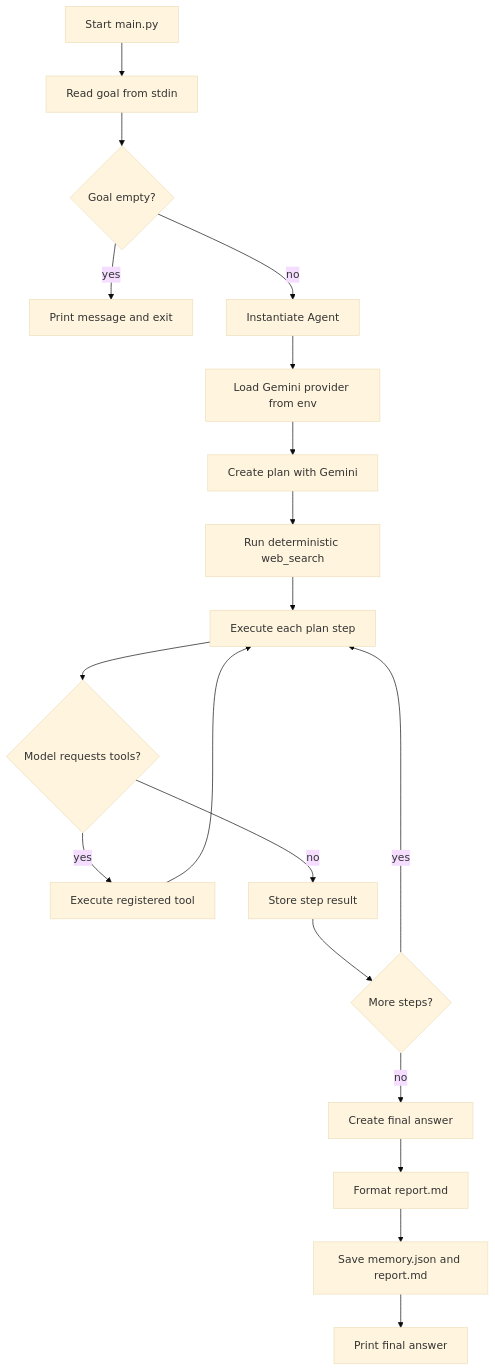
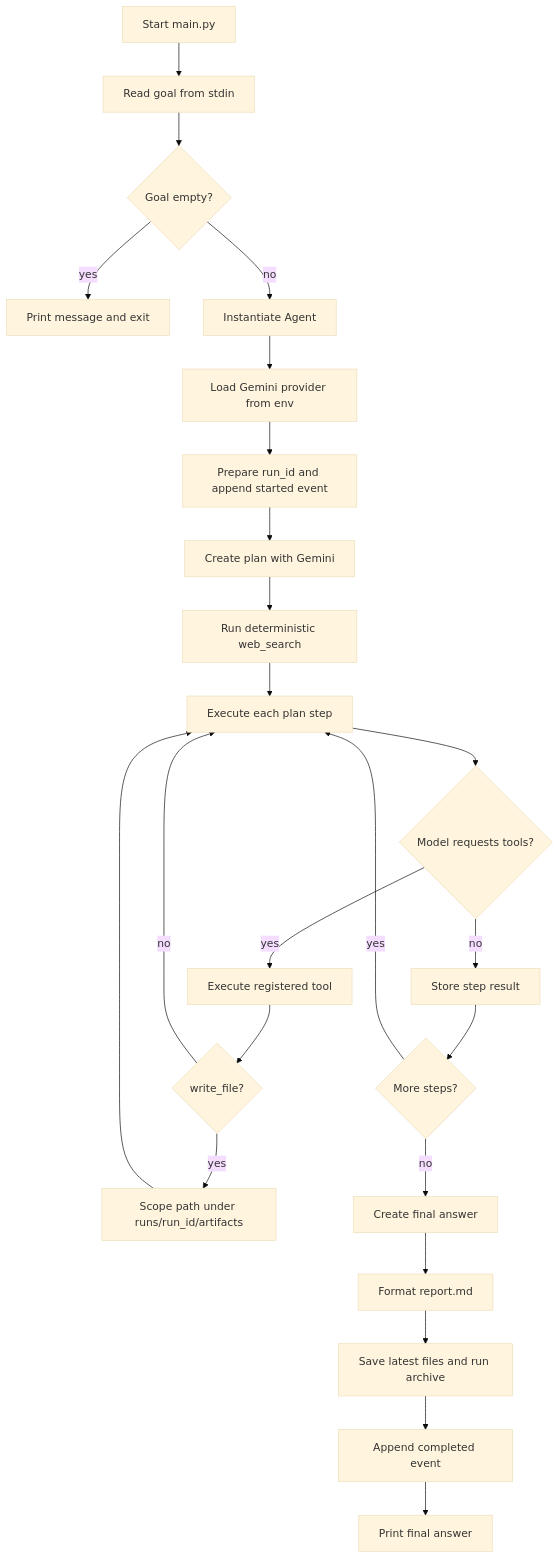
One commit to yessaravanan/gemini-research-agent changed the second of 3 diagrams in docs/02-system-architecture.md. Above: the diagram before and after it, drawn with Mermaid (base theme). The commit also changed other lines of this file and 19 other files, not shown here.

````diff
--- a/docs/02-system-architecture.md
+++ b/docs/02-system-architecture.md
@@ -44,21 +49,26 @@
 ```mermaid
 flowchart TD
     A[Start main.py] --> B[Read goal from stdin]
     B --> C{Goal empty?}
     C -- yes --> D[Print message and exit]
     C -- no --> E[Instantiate Agent]
     E --> F[Load Gemini provider from env]
-    F --> G[Create plan with Gemini]
+    F --> R[Prepare run_id and append started event]
+    R --> G[Create plan with Gemini]
     G --> H[Run deterministic web_search]
     H --> I[Execute each plan step]
     I --> J{Model requests tools?}
     J -- yes --> K[Execute registered tool]
-    K --> I
+    K --> A1{write_file?}
+    A1 -- yes --> A2[Scope path under runs/run_id/artifacts]
+    A1 -- no --> I
+    A2 --> I
     J -- no --> L[Store step result]
     L --> M{More steps?}
     M -- yes --> I
     M -- no --> N[Create final answer]
     N --> O[Format report.md]
-    O --> P[Save memory.json and report.md]
-    P --> Q[Print final answer]
+    O --> P[Save latest files and run archive]
+    P --> S[Append completed event]
+    S --> Q[Print final answer]
 ```
````
